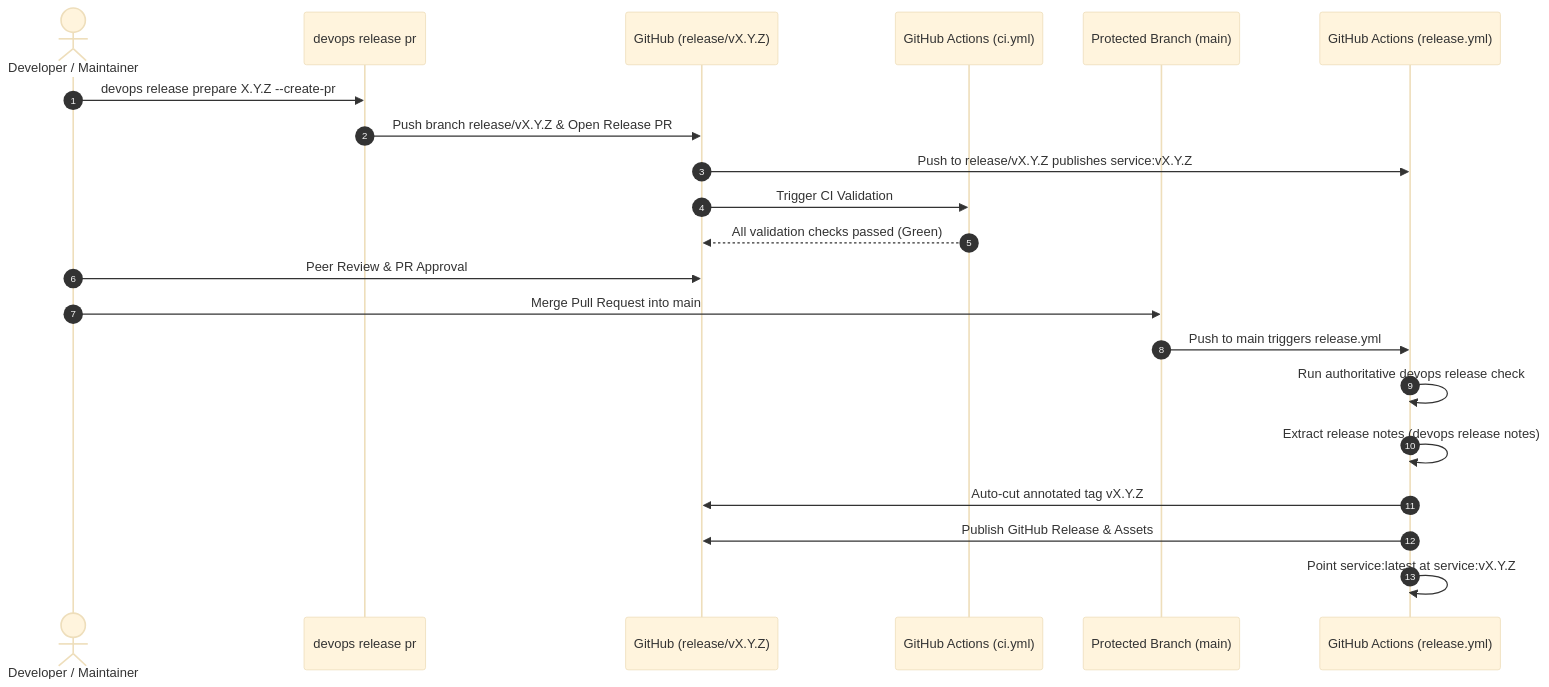
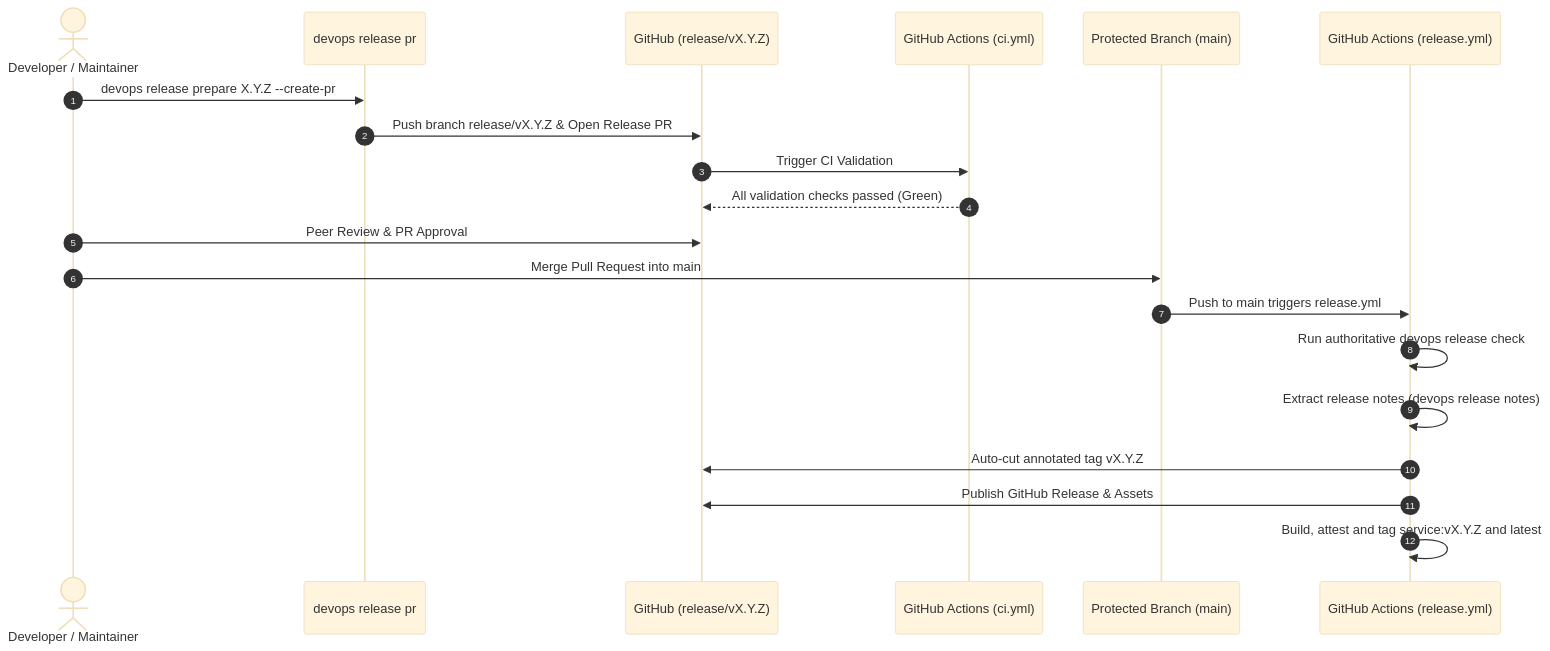
Before and after one commit to dan-petty/devops-cli: the second of 2 diagrams in RELEASE_CYCLE.md, drawn with Mermaid (base theme). The commit also changed other lines of this file and 113 other files, not shown here.

````diff
--- a/RELEASE_CYCLE.md
+++ b/RELEASE_CYCLE.md
@@ -153,24 +153,23 @@
 ```mermaid
 sequenceDiagram
     autonumber
     actor Dev as Developer / Maintainer
     participant CLI as devops release pr
     participant Git as GitHub (release/vX.Y.Z)
     participant CI as GitHub Actions (ci.yml)
     participant Main as Protected Branch (main)
     participant Rel as GitHub Actions (release.yml)
 
     Dev->>CLI: devops release prepare X.Y.Z --create-pr
     CLI->>Git: Push branch release/vX.Y.Z & Open Release PR
-    Git->>Rel: Push to release/vX.Y.Z publishes service:vX.Y.Z
     Git->>CI: Trigger CI Validation
     CI-->>Git: All validation checks passed (Green)
     Dev->>Git: Peer Review & PR Approval
     Dev->>Main: Merge Pull Request into main
     Main->>Rel: Push to main triggers release.yml
     Rel->>Rel: Run authoritative devops release check
     Rel->>Rel: Extract release notes (devops release notes)
     Rel->>Git: Auto-cut annotated tag vX.Y.Z
     Rel->>Git: Publish GitHub Release & Assets
-    Rel->>Rel: Point service:latest at service:vX.Y.Z
+    Rel->>Rel: Build, attest and tag service:vX.Y.Z and latest
 ```
````
